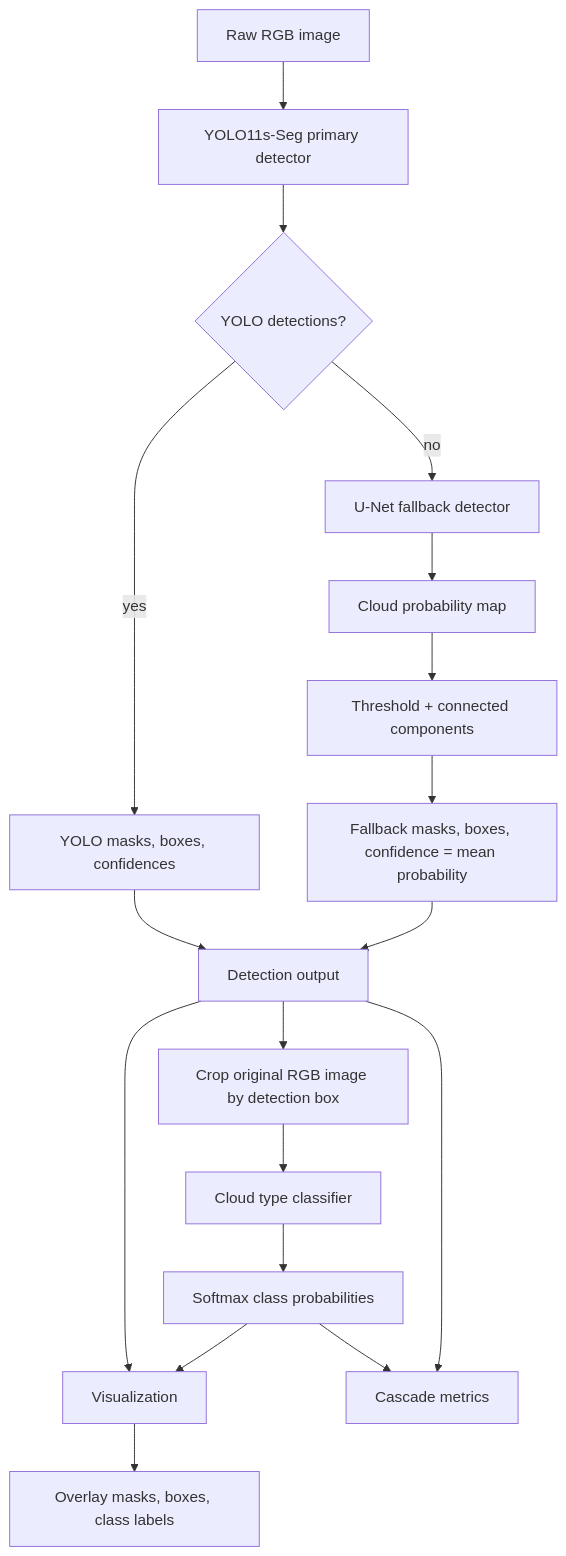
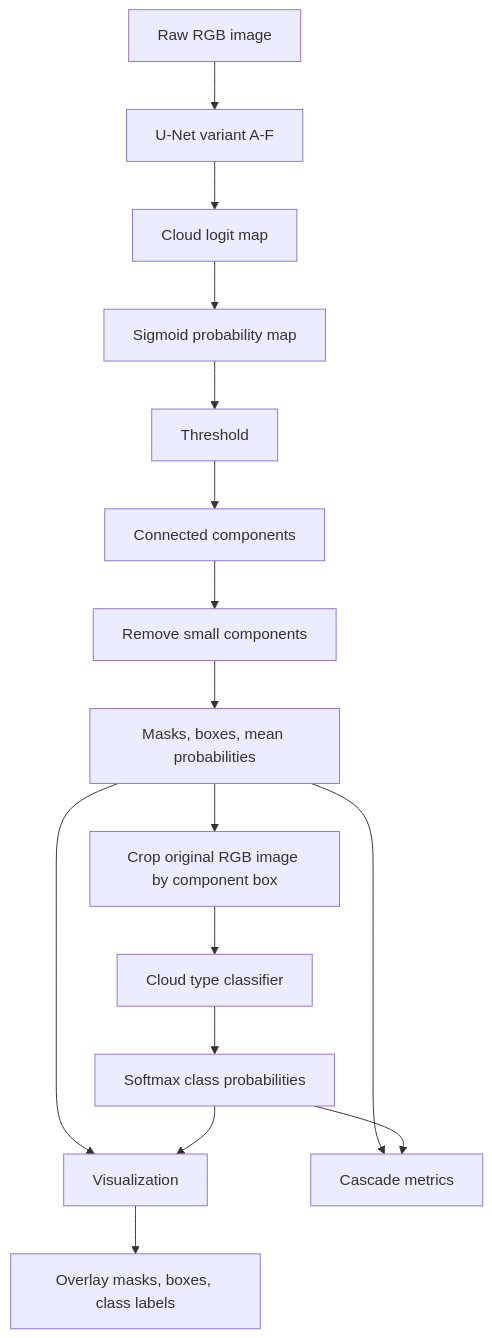
Before and after one commit to 4l0pix/cloud-chaser: the diagram in docs/academic_pipeline.md, drawn with Mermaid. The commit also changed other lines of this file and 30 other files, not shown here.

````diff
--- a/docs/academic_pipeline.md
+++ b/docs/academic_pipeline.md
@@ -17,20 +17,18 @@
 ```mermaid
 flowchart TD
-    A[Raw RGB image] --> B[YOLO11s-Seg primary detector]
-    B --> C{YOLO detections?}
-    C -- yes --> D[YOLO masks, boxes, confidences]
-    C -- no --> E[U-Net fallback detector]
-    E --> F[Cloud probability map]
-    F --> G[Threshold + connected components]
-    G --> H[Fallback masks, boxes, confidence = mean probability]
-    D --> I[Detection output]
-    H --> I
-    I --> J[Crop original RGB image by detection box]
-    J --> K[Cloud type classifier]
-    K --> L[Softmax class probabilities]
-    I --> M[Visualization]
-    L --> M
-    M --> N[Overlay masks, boxes, class labels]
-    L --> O[Cascade metrics]
-    I --> O
+    A[Raw RGB image] --> B[U-Net variant A-F]
+    B --> C[Cloud logit map]
+    C --> D[Sigmoid probability map]
+    D --> E[Threshold]
+    E --> F[Connected components]
+    F --> G[Remove small components]
+    G --> H[Masks, boxes, mean probabilities]
+    H --> I[Crop original RGB image by component box]
+    I --> J[Cloud type classifier]
+    J --> K[Softmax class probabilities]
+    H --> L[Visualization]
+    K --> L
+    L --> M[Overlay masks, boxes, class labels]
+    H --> N[Cascade metrics]
+    K --> N
 ```
````
